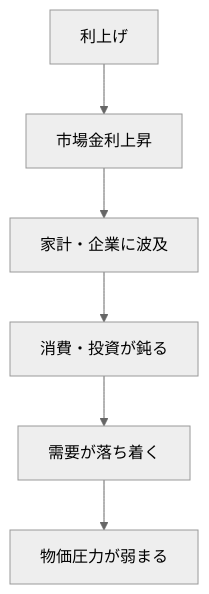
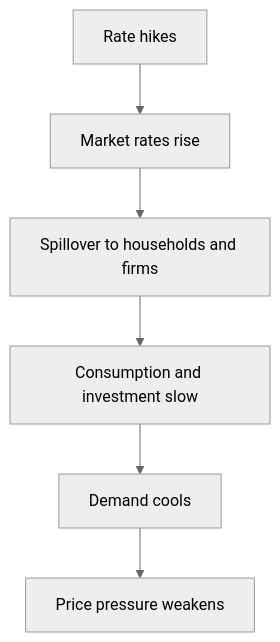
Before and after one commit to daylight55/research: the second of 5 diagrams in content/blog/en/interest-rate-policy-primer.mdx, drawn with Mermaid (neutral theme). The commit also changed other lines of this file and 26 other files, not shown here.

Commit message:
Translate English Mermaid labels

````diff
--- a/content/blog/en/interest-rate-policy-primer.mdx
+++ b/content/blog/en/interest-rate-policy-primer.mdx
@@ -52,8 +52,8 @@
 ```mermaid
 flowchart TB
-  A["利上げ"] --> B["市場金利上昇"]
-  B --> C["家計・企業に波及"]
-  C --> D["消費・投資が鈍る"]
-  D --> E["需要が落ち着く"]
-  E --> F["物価圧力が弱まる"]
+  A["Rate hikes"] --> B["Market rates rise"]
+  B --> C["Spillover to households and firms"]
+  C --> D["Consumption and investment slow"]
+  D --> E["Demand cools"]
+  E --> F["Price pressure weakens"]
 ```
````
